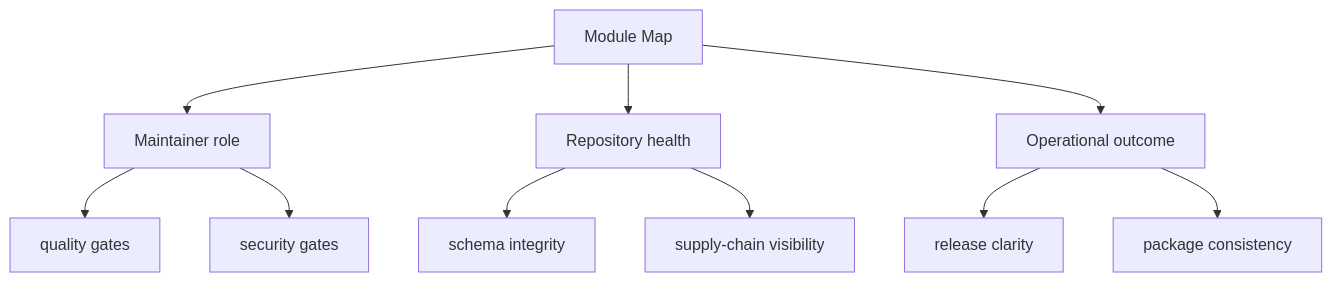
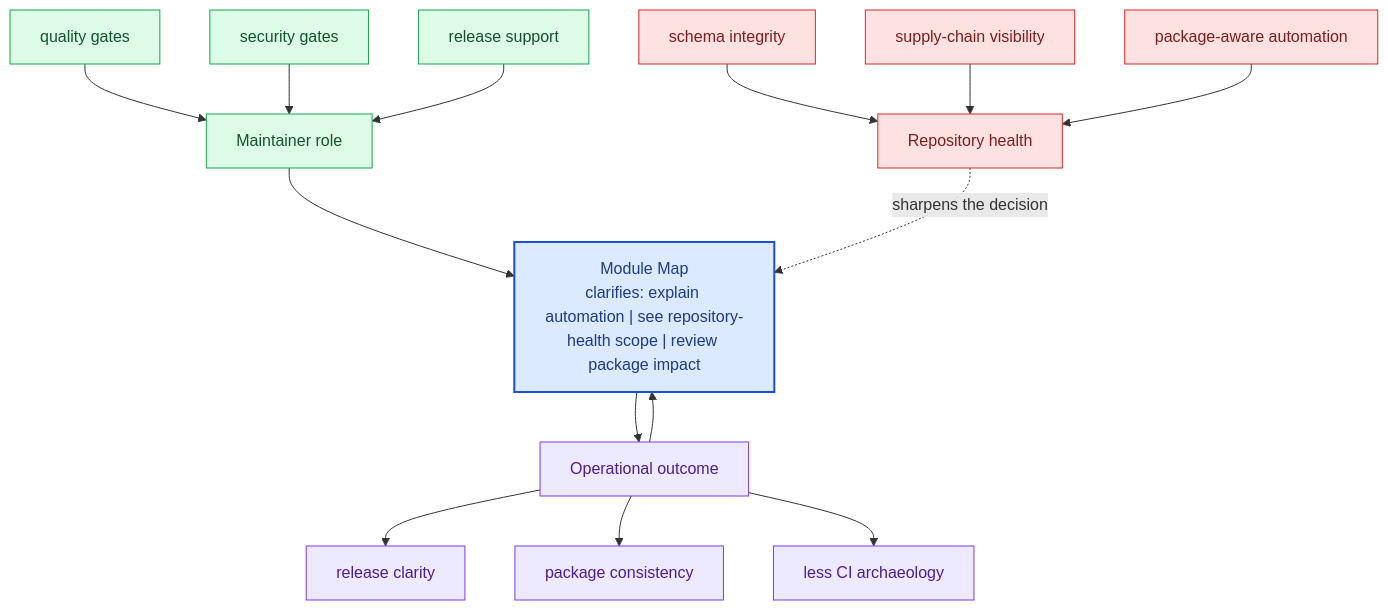
The second of 2 diagrams in docs/bijux-canon-dev/module-map.md (bijux/bijux-canon), drawn with Mermaid before and after one commit. The commit also changed other lines of this file and 281 other files, not shown here.

Commit message:
docs(diagrams): deepen handbook mermaid maps across the catalog

````diff
--- a/docs/bijux-canon-dev/module-map.md
+++ b/docs/bijux-canon-dev/module-map.md
@@ -40,22 +73,40 @@
 ```mermaid
-flowchart TD
-    page["Module Map"]
+flowchart TB
+    promise["Module Map<br/>clarifies: explain automation | see repository-health scope | review package impact"]
+    classDef promise fill:#dbeafe,stroke:#1d4ed8,color:#1e3a8a,stroke-width:2px;
+    classDef driver fill:#dcfce7,stroke:#16a34a,color:#14532d;
+    classDef constraint fill:#fee2e2,stroke:#dc2626,color:#7f1d1d;
+    classDef ground fill:#ede9fe,stroke:#7c3aed,color:#4c1d95;
     focus1["Maintainer role"]
-    page --> focus1
+    focus1 --> promise
     focus1_1["quality gates"]
-    focus1 --> focus1_1
+    focus1_1 --> focus1
     focus1_2["security gates"]
-    focus1 --> focus1_2
+    focus1_2 --> focus1
+    focus1_3["release support"]
+    focus1_3 --> focus1
+    class focus1 driver;
+    class focus1_1,focus1_2,focus1_3 driver;
     focus2["Repository health"]
-    page --> focus2
+    focus2 -.sharpens the decision.-> promise
     focus2_1["schema integrity"]
-    focus2 --> focus2_1
+    focus2_1 --> focus2
     focus2_2["supply-chain visibility"]
-    focus2 --> focus2_2
+    focus2_2 --> focus2
+    focus2_3["package-aware automation"]
+    focus2_3 --> focus2
+    class focus2 constraint;
+    class focus2_1,focus2_2,focus2_3 constraint;
     focus3["Operational outcome"]
-    page --> focus3
+    focus3 --> promise
+    promise --> focus3
     focus3_1["release clarity"]
     focus3 --> focus3_1
     focus3_2["package consistency"]
     focus3 --> focus3_2
+    focus3_3["less CI archaeology"]
+    focus3 --> focus3_3
+    class focus3 ground;
+    class focus3_1,focus3_2,focus3_3 ground;
+    class promise promise;
 ```
````
